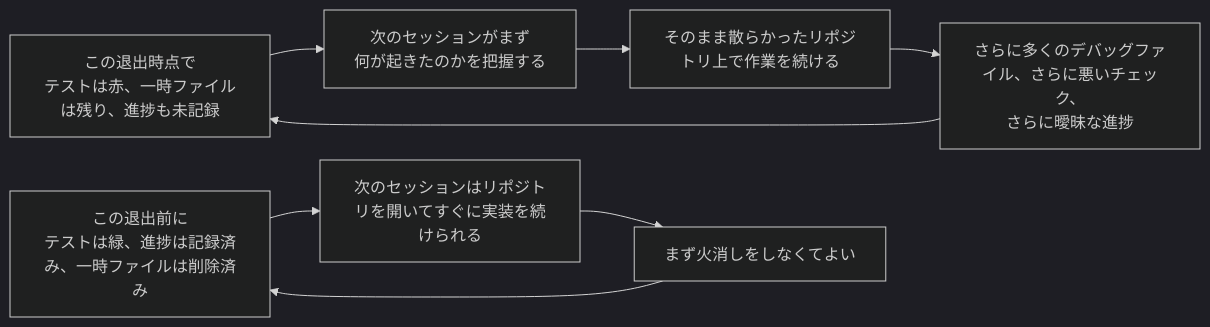
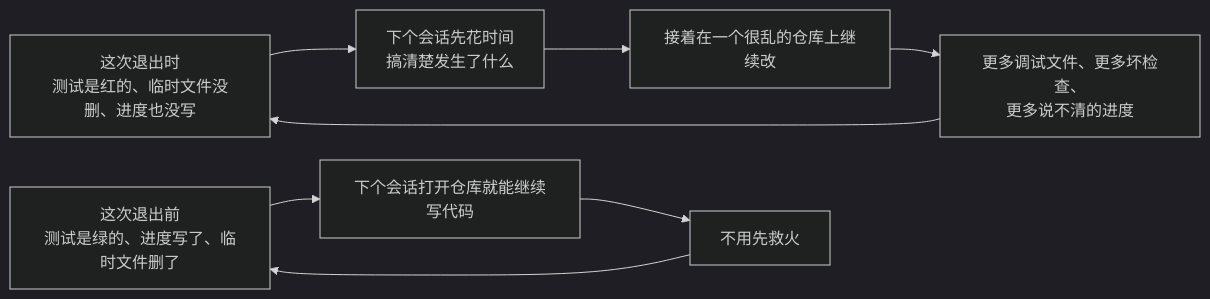
The second of 2 diagrams in docs/zh/lectures/lecture-12-why-every-session-must-leave-a-clean-state/index.md (mkusaka/learn-harness-engineering), drawn with Mermaid (dark theme) before and after one commit. The commit also changed other lines of this file and 684 other files, not shown here.

````diff
--- a/docs/zh/lectures/lecture-12-why-every-session-must-leave-a-clean-state/index.md
+++ b/docs/zh/lectures/lecture-12-why-every-session-must-leave-a-clean-state/index.md
@@ -50,11 +50,11 @@
 ```mermaid
 flowchart LR
-    Dirty["この退出時点で<br/>テストは赤、一時ファイルは残り、進捗も未記録"] --> Diagnose["次のセッションがまず<br/>何が起きたのかを把握する"]
-    Diagnose --> Fragile["そのまま散らかったリポジトリ上で作業を続ける"]
-    Fragile --> More["さらに多くのデバッグファイル、さらに悪いチェック、<br/>さらに曖昧な進捗"]
+    Dirty["这次退出时<br/>测试是红的、临时文件没删、进度也没写"] --> Diagnose["下个会话先花时间<br/>搞清楚发生了什么"]
+    Diagnose --> Fragile["接着在一个很乱的仓库上继续改"]
+    Fragile --> More["更多调试文件、更多坏检查、<br/>更多说不清的进度"]
     More --> Dirty
 
-    Clean["この退出前に<br/>テストは緑、進捗は記録済み、一時ファイルは削除済み"] --> Fast["次のセッションはリポジトリを開いてすぐに実装を続けられる"]
-    Fast --> Stable["まず火消しをしなくてよい"]
+    Clean["这次退出前<br/>测试是绿的、进度写了、临时文件删了"] --> Fast["下个会话打开仓库就能继续写代码"]
+    Fast --> Stable["不用先救火"]
     Stable --> Clean
 ```
````
